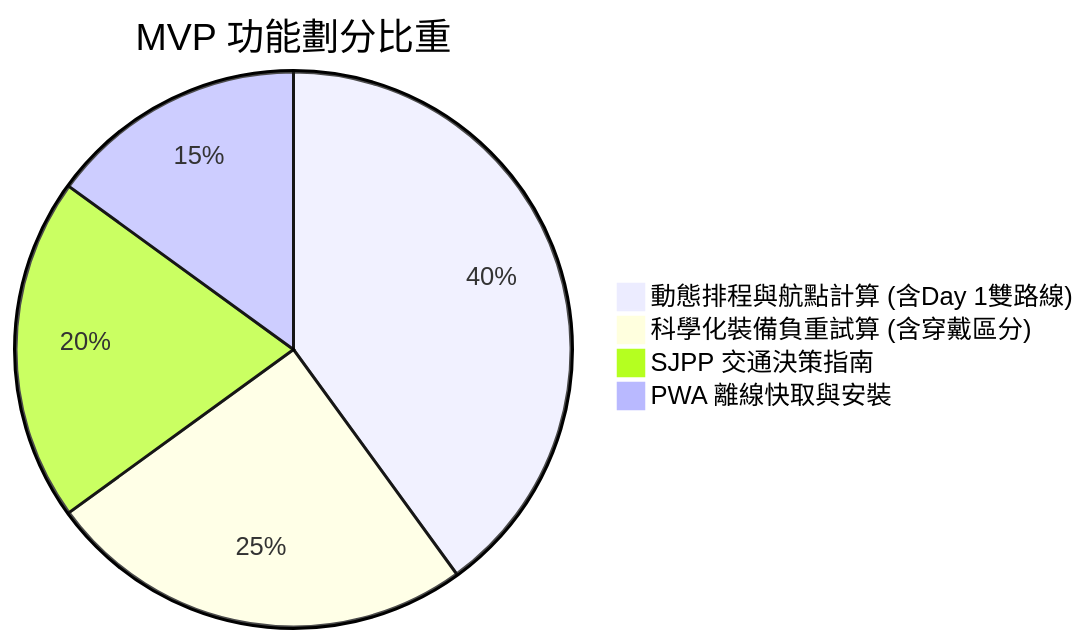
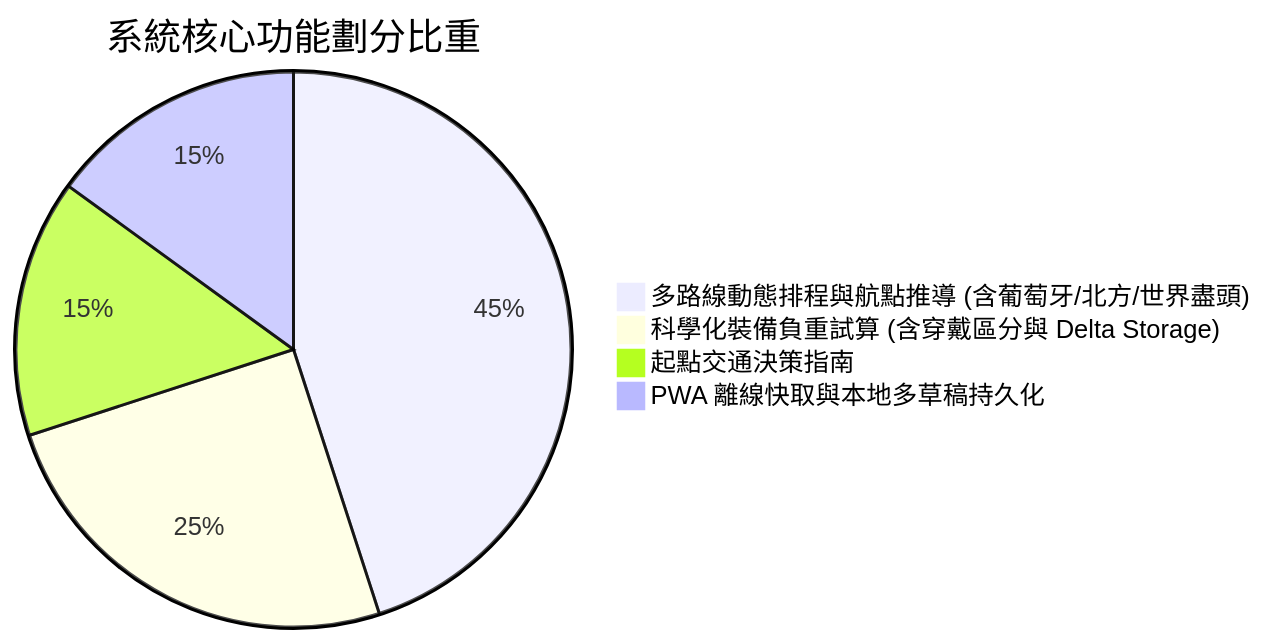
Before and after one commit to vdiefn/camino-planner: the diagram in docs/PRD.md, drawn with Mermaid. The commit also changed other lines of this file and 4 other files, not shown here.

````diff
--- a/docs/PRD.md
+++ b/docs/PRD.md
@@ -68,7 +137,7 @@
 ```mermaid
-pie title MVP 功能劃分比重
-    "動態排程與航點計算 (含Day 1雙路線)" : 40
-    "科學化裝備負重試算 (含穿戴區分)" : 25
-    "SJPP 交通決策指南" : 20
-    "PWA 離線快取與安裝" : 15
+pie title 系統核心功能劃分比重
+    "多路線動態排程與航點推導 (含葡萄牙/北方/世界盡頭)" : 45
+    "科學化裝備負重試算 (含穿戴區分與 Delta Storage)" : 25
+    "起點交通決策指南" : 15
+    "PWA 離線快取與本地多草稿持久化" : 15
 ```
````
